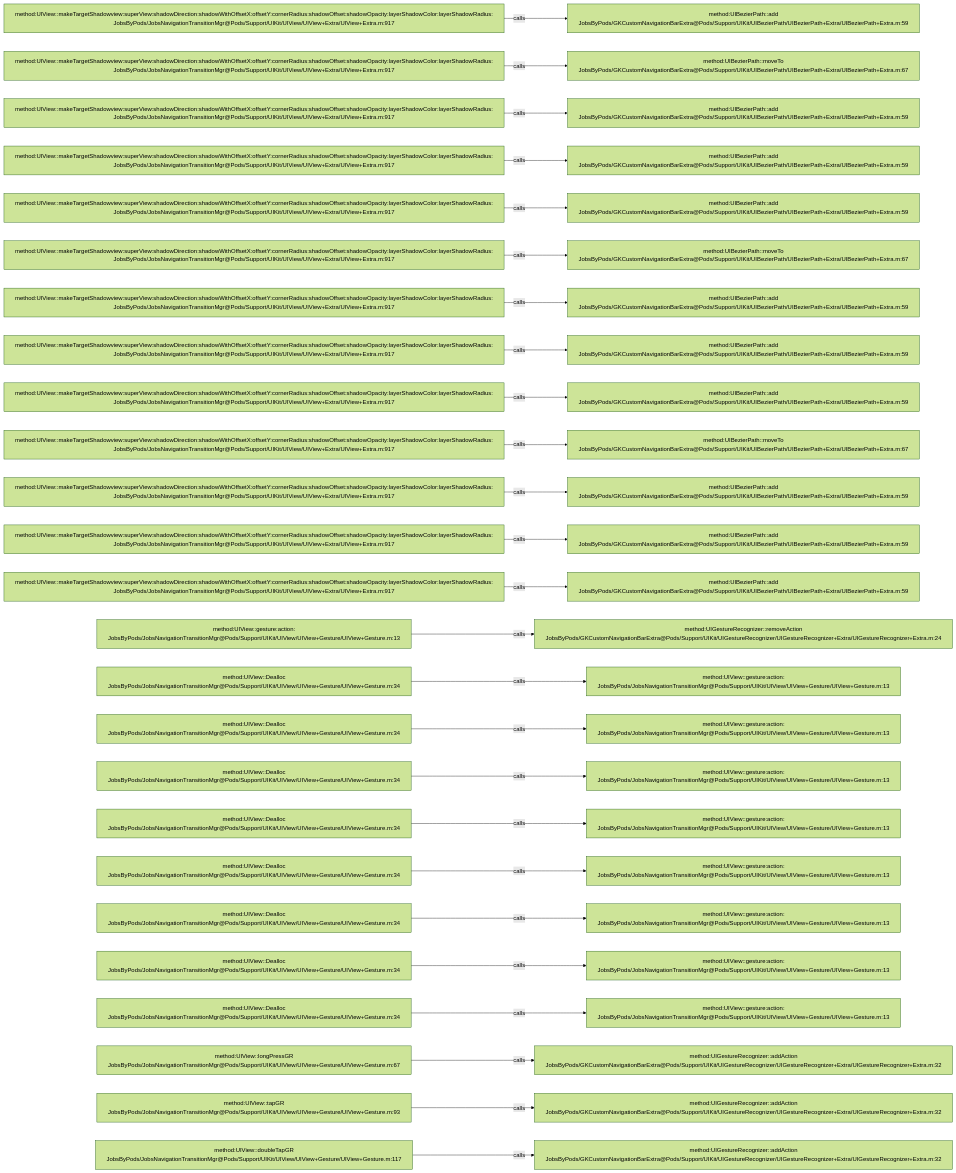
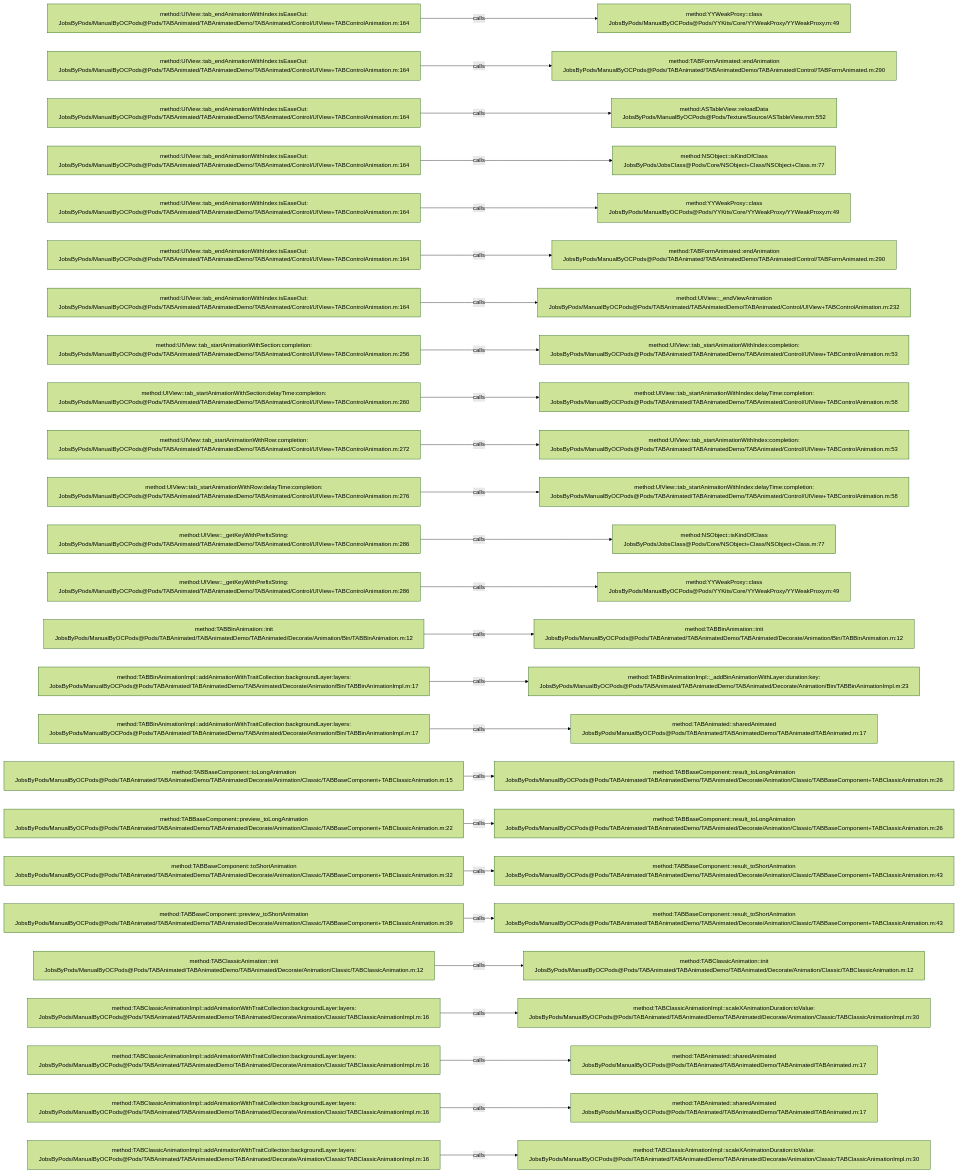
One commit to JobsKits/JobsOCBaseConfigDemo changed the diagram in .codegraph/codegraph.md/graphs/calls-133.md. Above: the diagram before and after it, drawn with Mermaid (forest theme). The commit also changed 573 other files, not shown here.

````diff
--- a/.codegraph/codegraph.md/graphs/calls-133.md
+++ b/.codegraph/codegraph.md/graphs/calls-133.md
@@ -13,78 +13,78 @@
 ```mermaid
 flowchart LR
-  S1["method:UIView::makeTargetShadowview:superView:shadowDirection:shadowWithOffsetX:offsetY:cornerRadius:shadowOffset:shadowOpacity:layerShadowColor:layerShadowRadius:<br/>JobsByPods/JobsNavigationTransitionMgr@Pods/Support/UIKit/UIView/UIView+Extra/UIView+Extra.m:917"]
-  T1["method:UIBezierPath::add<br/>JobsByPods/GKCustomNavigationBarExtra@Pods/Support/UIKit/UIBezierPath/UIBezierPath+Extra/UIBezierPath+Extra.m:59"]
+  S1["method:UIView::tab_endAnimationWithIndex:isEaseOut:<br/>JobsByPods/ManualByOCPods@Pods/TABAnimated/TABAnimatedDemo/TABAnimated/Control/UIView+TABControlAnimation.m:164"]
+  T1["method:YYWeakProxy::class<br/>JobsByPods/ManualByOCPods@Pods/YYKits/Core/YYWeakProxy/YYWeakProxy.m:49"]
   S1 -->|calls| T1
-  S2["method:UIView::makeTargetShadowview:superView:shadowDirection:shadowWithOffsetX:offsetY:cornerRadius:shadowOffset:shadowOpacity:layerShadowColor:layerShadowRadius:<br/>JobsByPods/JobsNavigationTransitionMgr@Pods/Support/UIKit/UIView/UIView+Extra/UIView+Extra.m:917"]
-  T2["method:UIBezierPath::moveTo<br/>JobsByPods/GKCustomNavigationBarExtra@Pods/Support/UIKit/UIBezierPath/UIBezierPath+Extra/UIBezierPath+Extra.m:67"]
+  S2["method:UIView::tab_endAnimationWithIndex:isEaseOut:<br/>JobsByPods/ManualByOCPods@Pods/TABAnimated/TABAnimatedDemo/TABAnimated/Control/UIView+TABControlAnimation.m:164"]
+  T2["method:TABFormAnimated::endAnimation<br/>JobsByPods/ManualByOCPods@Pods/TABAnimated/TABAnimatedDemo/TABAnimated/Control/TABFormAnimated.m:290"]
   S2 -->|calls| T2
-  S3["method:UIView::makeTargetShadowview:superView:shadowDirection:shadowWithOffsetX:offsetY:cornerRadius:shadowOffset:shadowOpacity:layerShadowColor:layerShadowRadius:<br/>JobsByPods/JobsNavigationTransitionMgr@Pods/Support/UIKit/UIView/UIView+Extra/UIView+Extra.m:917"]
-  T3["method:UIBezierPath::add<br/>JobsByPods/GKCustomNavigationBarExtra@Pods/Support/UIKit/UIBezierPath/UIBezierPath+Extra/UIBezierPath+Extra.m:59"]
+  S3["method:UIView::tab_endAnimationWithIndex:isEaseOut:<br/>JobsByPods/ManualByOCPods@Pods/TABAnimated/TABAnimatedDemo/TABAnimated/Control/UIView+TABControlAnimation.m:164"]
+  T3["method:ASTableView::reloadData<br/>JobsByPods/ManualByOCPods@Pods/Texture/Source/ASTableView.mm:552"]
   S3 -->|calls| T3
-  S4["method:UIView::makeTargetShadowview:superView:shadowDirection:shadowWithOffsetX:offsetY:cornerRadius:shadowOffset:shadowOpacity:layerShadowColor:layerShadowRadius:<br/>JobsByPods/JobsNavigationTransitionMgr@Pods/Support/UIKit/UIView/UIView+Extra/UIView+Extra.m:917"]
-  T4["method:UIBezierPath::add<br/>JobsByPods/GKCustomNavigationBarExtra@Pods/Support/UIKit/UIBezierPath/UIBezierPath+Extra/UIBezierPath+Extra.m:59"]
+  S4["method:UIView::tab_endAnimationWithIndex:isEaseOut:<br/>JobsByPods/ManualByOCPods@Pods/TABAnimated/TABAnimatedDemo/TABAnimated/Control/UIView+TABControlAnimation.m:164"]
+  T4["method:NSObject::isKindOfClass<br/>JobsByPods/JobsClass@Pods/Core/NSObject+Class/NSObject+Class.m:77"]
   S4 -->|calls| T4
-  S5["method:UIView::makeTargetShadowview:superView:shadowDirection:shadowWithOffsetX:offsetY:cornerRadius:shadowOffset:shadowOpacity:layerShadowColor:layerShadowRadius:<br/>JobsByPods/JobsNavigationTransitionMgr@Pods/Support/UIKit/UIView/UIView+Extra/UIView+Extra.m:917"]
-  T5["method:UIBezierPath::add<br/>JobsByPods/GKCustomNavigationBarExtra@Pods/Support/UIKit/UIBezierPath/UIBezierPath+Extra/UIBezierPath+Extra.m:59"]
+  S5["method:UIView::tab_endAnimationWithIndex:isEaseOut:<br/>JobsByPods/ManualByOCPods@Pods/TABAnimated/TABAnimatedDemo/TABAnimated/Control/UIView+TABControlAnimation.m:164"]
+  T5["method:YYWeakProxy::class<br/>JobsByPods/ManualByOCPods@Pods/YYKits/Core/YYWeakProxy/YYWeakProxy.m:49"]
   S5 -->|calls| T5
-  S6["method:UIView::makeTargetShadowview:superView:shadowDirection:shadowWithOffsetX:offsetY:cornerRadius:shadowOffset:shadowOpacity:layerShadowColor:layerShadowRadius:<br/>JobsByPods/JobsNavigationTransitionMgr@Pods/Support/UIKit/UIView/UIView+Extra/UIView+Extra.m:917"]
-  T6["method:UIBezierPath::moveTo<br/>JobsByPods/GKCustomNavigationBarExtra@Pods/Support/UIKit/UIBezierPath/UIBezierPath+Extra/UIBezierPath+Extra.m:67"]
+  S6["method:UIView::tab_endAnimationWithIndex:isEaseOut:<br/>JobsByPods/ManualByOCPods@Pods/TABAnimated/TABAnimatedDemo/TABAnimated/Control/UIView+TABControlAnimation.m:164"]
+  T6["method:TABFormAnimated::endAnimation<br/>JobsByPods/ManualByOCPods@Pods/TABAnimated/TABAnimatedDemo/TABAnimated/Control/TABFormAnimated.m:290"]
   S6 -->|calls| T6
-  S7["method:UIView::makeTargetShadowview:superView:shadowDirection:shadowWithOffsetX:offsetY:cornerRadius:shadowOffset:shadowOpacity:layerShadowColor:layerShadowRadius:<br/>JobsByPods/JobsNavigationTransitionMgr@Pods/Support/UIKit/UIView/UIView+Extra/UIView+Extra.m:917"]
-  T7["method:UIBezierPath::add<br/>JobsByPods/GKCustomNavigationBarExtra@Pods/Support/UIKit/UIBezierPath/UIBezierPath+Extra/UIBezierPath+Extra.m:59"]
+  S7["method:UIView::tab_endAnimationWithIndex:isEaseOut:<br/>JobsByPods/ManualByOCPods@Pods/TABAnimated/TABAnimatedDemo/TABAnimated/Control/UIView+TABControlAnimation.m:164"]
+  T7["method:UIView::_endViewAnimation<br/>JobsByPods/ManualByOCPods@Pods/TABAnimated/TABAnimatedDemo/TABAnimated/Control/UIView+TABControlAnimation.m:232"]
   S7 -->|calls| T7
-  S8["method:UIView::makeTargetShadowview:superView:shadowDirection:shadowWithOffsetX:offsetY:cornerRadius:shadowOffset:shadowOpacity:layerShadowColor:layerShadowRadius:<br/>JobsByPods/JobsNavigationTransitionMgr@Pods/Support/UIKit/UIView/UIView+Extra/UIView+Extra.m:917"]
-  T8["method:UIBezierPath::add<br/>JobsByPods/GKCustomNavigationBarExtra@Pods/Support/UIKit/UIBezierPath/UIBezierPath+Extra/UIBezierPath+Extra.m:59"]
+  S8["method:UIView::tab_startAnimationWithSection:completion:<br/>JobsByPods/ManualByOCPods@Pods/TABAnimated/TABAnimatedDemo/TABAnimated/Control/UIView+TABControlAnimation.m:256"]
+  T8["method:UIView::tab_startAnimationWithIndex:completion:<br/>JobsByPods/ManualByOCPods@Pods/TABAnimated/TABAnimatedDemo/TABAnimated/Control/UIView+TABControlAnimation.m:53"]
   S8 -->|calls| T8
-  S9["method:UIView::makeTargetShadowview:superView:shadowDirection:shadowWithOffsetX:offsetY:cornerRadius:shadowOffset:shadowOpacity:layerShadowColor:layerShadowRadius:<br/>JobsByPods/JobsNavigationTransitionMgr@Pods/Support/UIKit/UIView/UIView+Extra/UIView+Extra.m:917"]
-  T9["method:UIBezierPath::add<br/>JobsByPods/GKCustomNavigationBarExtra@Pods/Support/UIKit/UIBezierPath/UIBezierPath+Extra/UIBezierPath+Extra.m:59"]
+  S9["method:UIView::tab_startAnimationWithSection:delayTime:completion:<br/>JobsByPods/ManualByOCPods@Pods/TABAnimated/TABAnimatedDemo/TABAnimated/Control/UIView+TABControlAnimation.m:260"]
+  T9["method:UIView::tab_startAnimationWithIndex:delayTime:completion:<br/>JobsByPods/ManualByOCPods@Pods/TABAnimated/TABAnimatedDemo/TABAnimated/Control/UIView+TABControlAnimation.m:58"]
   S9 -->|calls| T9
-  S10["method:UIView::makeTargetShadowview:superView:shadowDirection:shadowWithOffsetX:offsetY:cornerRadius:shadowOffset:shadowOpacity:layerShadowColor:layerShadowRadius:<br/>JobsByPods/JobsNavigationTransitionMgr@Pods/Support/UIKit/UIView/UIView+Extra/UIView+Extra.m:917"]
-  T10["method:UIBezierPath::moveTo<br/>JobsByPods/GKCustomNavigationBarExtra@Pods/Support/UIKit/UIBezierPath/UIBezierPath+Extra/UIBezierPath+Extra.m:67"]
+  S10["method:UIView::tab_startAnimationWithRow:completion:<br/>JobsByPods/ManualByOCPods@Pods/TABAnimated/TABAnimatedDemo/TABAnimated/Control/UIView+TABControlAnimation.m:272"]
+  T10["method:UIView::tab_startAnimationWithIndex:completion:<br/>JobsByPods/ManualByOCPods@Pods/TABAnimated/TABAnimatedDemo/TABAnimated/Control/UIView+TABControlAnimation.m:53"]
   S10 -->|calls| T10
-  S11["method:UIView::makeTargetShadowview:superView:shadowDirection:shadowWithOffsetX:offsetY:cornerRadius:shadowOffset:shadowOpacity:layerShadowColor:layerShadowRadius:<br/>JobsByPods/JobsNavigationTransitionMgr@Pods/Support/UIKit/UIView/UIView+Extra/UIView+Extra.m:917"]
-  T11["method:UIBezierPath::add<br/>JobsByPods/GKCustomNavigationBarExtra@Pods/Support/UIKit/UIBezierPath/UIBezierPath+Extra/UIBezierPath+Extra.m:59"]
+  S11["method:UIView::tab_startAnimationWithRow:delayTime:completion:<br/>JobsByPods/ManualByOCPods@Pods/TABAnimated/TABAnimatedDemo/TABAnimated/Control/UIView+TABControlAnimation.m:276"]
+  T11["method:UIView::tab_startAnimationWithIndex:delayTime:completion:<br/>JobsByPods/ManualByOCPods@Pods/TABAnimated/TABAnimatedDemo/TABAnimated/Control/UIView+TABControlAnimation.m:58"]
   S11 -->|calls| T11
-  S12["method:UIView::makeTargetShadowview:superView:shadowDirection:shadowWithOffsetX:offsetY:cornerRadius:shadowOffset:shadowOpacity:layerShadowColor:layerShadowRadius:<br/>JobsByPods/JobsNavigationTransitionMgr@Pods/Support/UIKit/UIView/UIView+Extra/UIView+Extra.m:917"]
-  T12["method:UIBezierPath::add<br/>JobsByPods/GKCustomNavigationBarExtra@Pods/Support/UIKit/UIBezierPath/UIBezierPath+Extra/UIBezierPath+Extra.m:59"]
+  S12["method:UIView::_getKeyWithPrefixString:<br/>JobsByPods/ManualByOCPods@Pods/TABAnimated/TABAnimatedDemo/TABAnimated/Control/UIView+TABControlAnimation.m:286"]
+  T12["method:NSObject::isKindOfClass<br/>JobsByPods/JobsClass@Pods/Core/NSObject+Class/NSObject+Class.m:77"]
   S12 -->|calls| T12
-  S13["method:UIView::makeTargetShadowview:superView:shadowDirection:shadowWithOffsetX:offsetY:cornerRadius:shadowOffset:shadowOpacity:layerShadowColor:layerShadowRadius:<br/>JobsByPods/JobsNavigationTransitionMgr@Pods/Support/UIKit/UIView/UIView+Extra/UIView+Extra.m:917"]
-  T13["method:UIBezierPath::add<br/>JobsByPods/GKCustomNavigationBarExtra@Pods/Support/UIKit/UIBezierPath/UIBezierPath+Extra/UIBezierPath+Extra.m:59"]
+  S13["method:UIView::_getKeyWithPrefixString:<br/>JobsByPods/ManualByOCPods@Pods/TABAnimated/TABAnimatedDemo/TABAnimated/Control/UIView+TABControlAnimation.m:286"]
+  T13["method:YYWeakProxy::class<br/>JobsByPods/ManualByOCPods@Pods/YYKits/Core/YYWeakProxy/YYWeakProxy.m:49"]
   S13 -->|calls| T13
-  S14["method:UIView::gesture:action:<br/>JobsByPods/JobsNavigationTransitionMgr@Pods/Support/UIKit/UIView/UIView+Gesture/UIView+Gesture.m:13"]
-  T14["method:UIGestureRecognizer::removeAction<br/>JobsByPods/GKCustomNavigationBarExtra@Pods/Support/UIKit/UIGestureRecognizer/UIGestureRecognizer+Extra/UIGestureRecognizer+Extra.m:24"]
+  S14["method:TABBinAnimation::init<br/>JobsByPods/ManualByOCPods@Pods/TABAnimated/TABAnimatedDemo/TABAnimated/Decorate/Animation/Bin/TABBinAnimation.m:12"]
+  T14["method:TABBinAnimation::init<br/>JobsByPods/ManualByOCPods@Pods/TABAnimated/TABAnimatedDemo/TABAnimated/Decorate/Animation/Bin/TABBinAnimation.m:12"]
   S14 -->|calls| T14
-  S15["method:UIView::Dealloc<br/>JobsByPods/JobsNavigationTransitionMgr@Pods/Support/UIKit/UIView/UIView+Gesture/UIView+Gesture.m:34"]
-  T15["method:UIView::gesture:action:<br/>JobsByPods/JobsNavigationTransitionMgr@Pods/Support/UIKit/UIView/UIView+Gesture/UIView+Gesture.m:13"]
+  S15["method:TABBinAnimationImpl::addAnimationWithTraitCollection:backgroundLayer:layers:<br/>JobsByPods/ManualByOCPods@Pods/TABAnimated/TABAnimatedDemo/TABAnimated/Decorate/Animation/Bin/TABBinAnimationImpl.m:17"]
+  T15["method:TABBinAnimationImpl::_addBinAnimationWithLayer:duration:key:<br/>JobsByPods/ManualByOCPods@Pods/TABAnimated/TABAnimatedDemo/TABAnimated/Decorate/Animation/Bin/TABBinAnimationImpl.m:23"]
   S15 -->|calls| T15
-  S16["method:UIView::Dealloc<br/>JobsByPods/JobsNavigationTransitionMgr@Pods/Support/UIKit/UIView/UIView+Gesture/UIView+Gesture.m:34"]
-  T16["method:UIView::gesture:action:<br/>JobsByPods/JobsNavigationTransitionMgr@Pods/Support/UIKit/UIView/UIView+Gesture/UIView+Gesture.m:13"]
+  S16["method:TABBinAnimationImpl::addAnimationWithTraitCollection:backgroundLayer:layers:<br/>JobsByPods/ManualByOCPods@Pods/TABAnimated/TABAnimatedDemo/TABAnimated/Decorate/Animation/Bin/TABBinAnimationImpl.m:17"]
+  T16["method:TABAnimated::sharedAnimated<br/>JobsByPods/ManualByOCPods@Pods/TABAnimated/TABAnimatedDemo/TABAnimated/TABAnimated.m:17"]
   S16 -->|calls| T16
-  S17["method:UIView::Dealloc<br/>JobsByPods/JobsNavigationTransitionMgr@Pods/Support/UIKit/UIView/UIView+Gesture/UIView+Gesture.m:34"]
-  T17["method:UIView::gesture:action:<br/>JobsByPods/JobsNavigationTransitionMgr@Pods/Support/UIKit/UIView/UIView+Gesture/UIView+Gesture.m:13"]
+  S17["method:TABBaseComponent::toLongAnimation<br/>JobsByPods/ManualByOCPods@Pods/TABAnimated/TABAnimatedDemo/TABAnimated/Decorate/Animation/Classic/TABBaseComponent+TABClassicAnimation.m:15"]
+  T17["method:TABBaseComponent::result_toLongAnimation<br/>JobsByPods/ManualByOCPods@Pods/TABAnimated/TABAnimatedDemo/TABAnimated/Decorate/Animation/Classic/TABBaseComponent+TABClassicAnimation.m:26"]
   S17 -->|calls| T17
-  S18["method:UIView::Dealloc<br/>JobsByPods/JobsNavigationTransitionMgr@Pods/Support/UIKit/UIView/UIView+Gesture/UIView+Gesture.m:34"]
-  T18["method:UIView::gesture:action:<br/>JobsByPods/JobsNavigationTransitionMgr@Pods/Support/UIKit/UIView/UIView+Gesture/UIView+Gesture.m:13"]
+  S18["method:TABBaseComponent::preview_toLongAnimation<br/>JobsByPods/ManualByOCPods@Pods/TABAnimated/TABAnimatedDemo/TABAnimated/Decorate/Animation/Classic/TABBaseComponent+TABClassicAnimation.m:22"]
+  T18["method:TABBaseComponent::result_toLongAnimation<br/>JobsByPods/ManualByOCPods@Pods/TABAnimated/TABAnimatedDemo/TABAnimated/Decorate/Animation/Classic/TABBaseComponent+TABClassicAnimation.m:26"]
   S18 -->|calls| T18
-  S19["method:UIView::Dealloc<br/>JobsByPods/JobsNavigationTransitionMgr@Pods/Support/UIKit/UIView/UIView+Gesture/UIView+Gesture.m:34"]
-  T19["method:UIView::gesture:action:<br/>JobsByPods/JobsNavigationTransitionMgr@Pods/Support/UIKit/UIView/UIView+Gesture/UIView+Gesture.m:13"]
+  S19["method:TABBaseComponent::toShortAnimation<br/>JobsByPods/ManualByOCPods@Pods/TABAnimated/TABAnimatedDemo/TABAnimated/Decorate/Animation/Classic/TABBaseComponent+TABClassicAnimation.m:32"]
+  T19["method:TABBaseComponent::result_toShortAnimation<br/>JobsByPods/ManualByOCPods@Pods/TABAnimated/TABAnimatedDemo/TABAnimated/Decorate/Animation/Classic/TABBaseComponent+TABClassicAnimation.m:43"]
   S19 -->|calls| T19
-  S20["method:UIView::Dealloc<br/>JobsByPods/JobsNavigationTransitionMgr@Pods/Support/UIKit/UIView/UIView+Gesture/UIView+Gesture.m:34"]
-  T20["method:UIView::gesture:action:<br/>JobsByPods/JobsNavigationTransitionMgr@Pods/Support/UIKit/UIView/UIView+Gesture/UIView+Gesture.m:13"]
+  S20["method:TABBaseComponent::preview_toShortAnimation<br/>JobsByPods/ManualByOCPods@Pods/TABAnimated/TABAnimatedDemo/TABAnimated/Decorate/Animation/Classic/TABBaseComponent+TABClassicAnimation.m:39"]
+  T20["method:TABBaseComponent::result_toShortAnimation<br/>JobsByPods/ManualByOCPods@Pods/TABAnimated/TABAnimatedDemo/TABAnimated/Decorate/Animation/Classic/TABBaseComponent+TABClassicAnimation.m:43"]
   S20 -->|calls| T20
-  S21["method:UIView::Dealloc<br/>JobsByPods/JobsNavigationTransitionMgr@Pods/Support/UIKit/UIView/UIView+Gesture/UIView+Gesture.m:34"]
-  T21["method:UIView::gesture:action:<br/>JobsByPods/JobsNavigationTransitionMgr@Pods/Support/UIKit/UIView/UIView+Gesture/UIView+Gesture.m:13"]
+  S21["method:TABClassicAnimation::init<br/>JobsByPods/ManualByOCPods@Pods/TABAnimated/TABAnimatedDemo/TABAnimated/Decorate/Animation/Classic/TABClassicAnimation.m:12"]
+  T21["method:TABClassicAnimation::init<br/>JobsByPods/ManualByOCPods@Pods/TABAnimated/TABAnimatedDemo/TABAnimated/Decorate/Animation/Classic/TABClassicAnimation.m:12"]
   S21 -->|calls| T21
-  S22["method:UIView::Dealloc<br/>JobsByPods/JobsNavigationTransitionMgr@Pods/Support/UIKit/UIView/UIView+Gesture/UIView+Gesture.m:34"]
-  T22["method:UIView::gesture:action:<br/>JobsByPods/JobsNavigationTransitionMgr@Pods/Support/UIKit/UIView/UIView+Gesture/UIView+Gesture.m:13"]
+  S22["method:TABClassicAnimationImpl::addAnimationWithTraitCollection:backgroundLayer:layers:<br/>JobsByPods/ManualByOCPods@Pods/TABAnimated/TABAnimatedDemo/TABAnimated/Decorate/Animation/Classic/TABClassicAnimationImpl.m:16"]
+  T22["method:TABClassicAnimationImpl::scaleXAnimationDuration:toValue:<br/>JobsByPods/ManualByOCPods@Pods/TABAnimated/TABAnimatedDemo/TABAnimated/Decorate/Animation/Classic/TABClassicAnimationImpl.m:30"]
   S22 -->|calls| T22
-  S23["method:UIView::longPressGR<br/>JobsByPods/JobsNavigationTransitionMgr@Pods/Support/UIKit/UIView/UIView+Gesture/UIView+Gesture.m:67"]
-  T23["method:UIGestureRecognizer::addAction<br/>JobsByPods/GKCustomNavigationBarExtra@Pods/Support/UIKit/UIGestureRecognizer/UIGestureRecognizer+Extra/UIGestureRecognizer+Extra.m:32"]
+  S23["method:TABClassicAnimationImpl::addAnimationWithTraitCollection:backgroundLayer:layers:<br/>JobsByPods/ManualByOCPods@Pods/TABAnimated/TABAnimatedDemo/TABAnimated/Decorate/Animation/Classic/TABClassicAnimationImpl.m:16"]
+  T23["method:TABAnimated::sharedAnimated<br/>JobsByPods/ManualByOCPods@Pods/TABAnimated/TABAnimatedDemo/TABAnimated/TABAnimated.m:17"]
   S23 -->|calls| T23
-  S24["method:UIView::tapGR<br/>JobsByPods/JobsNavigationTransitionMgr@Pods/Support/UIKit/UIView/UIView+Gesture/UIView+Gesture.m:93"]
-  T24["method:UIGestureRecognizer::addAction<br/>JobsByPods/GKCustomNavigationBarExtra@Pods/Support/UIKit/UIGestureRecognizer/UIGestureRecognizer+Extra/UIGestureRecognizer+Extra.m:32"]
+  S24["method:TABClassicAnimationImpl::addAnimationWithTraitCollection:backgroundLayer:layers:<br/>JobsByPods/ManualByOCPods@Pods/TABAnimated/TABAnimatedDemo/TABAnimated/Decorate/Animation/Classic/TABClassicAnimationImpl.m:16"]
+  T24["method:TABAnimated::sharedAnimated<br/>JobsByPods/ManualByOCPods@Pods/TABAnimated/TABAnimatedDemo/TABAnimated/TABAnimated.m:17"]
   S24 -->|calls| T24
-  S25["method:UIView::doubleTapGR<br/>JobsByPods/JobsNavigationTransitionMgr@Pods/Support/UIKit/UIView/UIView+Gesture/UIView+Gesture.m:117"]
-  T25["method:UIGestureRecognizer::addAction<br/>JobsByPods/GKCustomNavigationBarExtra@Pods/Support/UIKit/UIGestureRecognizer/UIGestureRecognizer+Extra/UIGestureRecognizer+Extra.m:32"]
+  S25["method:TABClassicAnimationImpl::addAnimationWithTraitCollection:backgroundLayer:layers:<br/>JobsByPods/ManualByOCPods@Pods/TABAnimated/TABAnimatedDemo/TABAnimated/Decorate/Animation/Classic/TABClassicAnimationImpl.m:16"]
+  T25["method:TABClassicAnimationImpl::scaleXAnimationDuration:toValue:<br/>JobsByPods/ManualByOCPods@Pods/TABAnimated/TABAnimatedDemo/TABAnimated/Decorate/Animation/Classic/TABClassicAnimationImpl.m:30"]
   S25 -->|calls| T25
 ```
````
